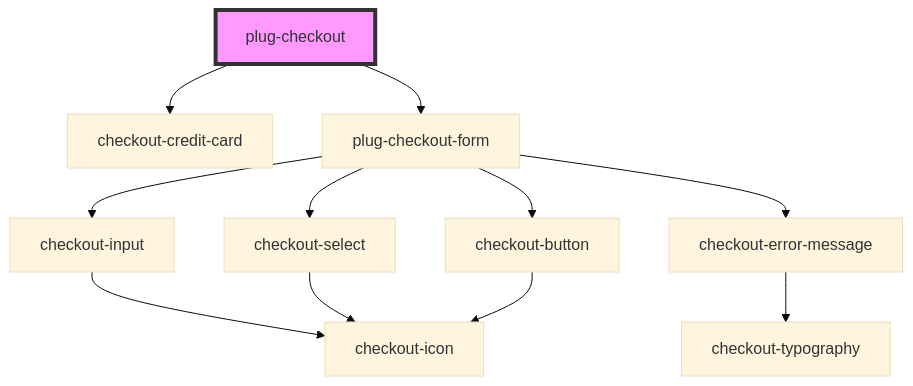
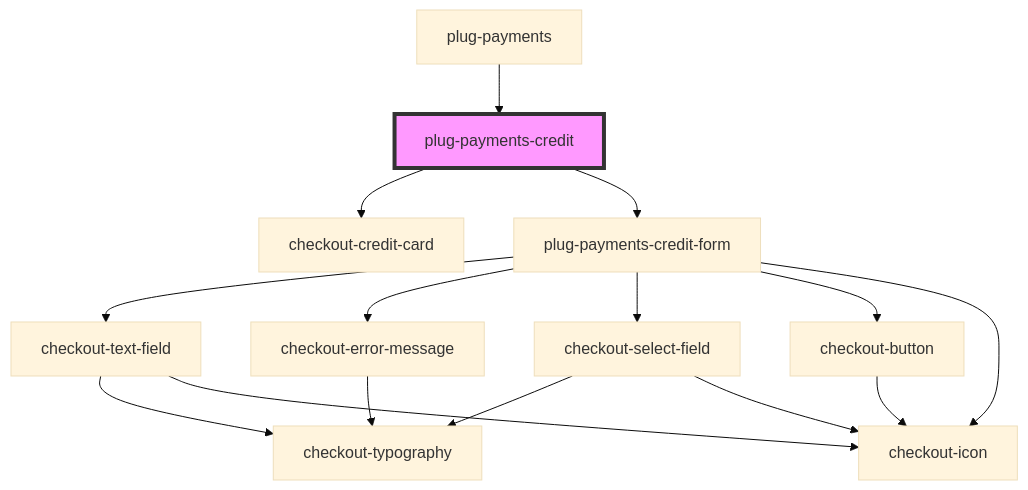
Before and after one commit to plughacker/malga-checkout: the diagram in packages/checkout/core/src/components/plug-payments-credit/readme.md, drawn with Mermaid (base theme). The commit also changed other lines of this file and 19 other files, not shown here.

Commit message:
feat(packages): build packages to use on plug-checkout-full

````diff
--- a/packages/checkout/core/src/components/plug-payments-credit/readme.md
+++ b/packages/checkout/core/src/components/plug-payments-credit/readme.md
@@ -37,14 +46,18 @@
 ```mermaid
 graph TD;
-  plug-checkout --> checkout-credit-card
-  plug-checkout --> plug-checkout-form
-  plug-checkout-form --> checkout-input
-  plug-checkout-form --> checkout-error-message
-  plug-checkout-form --> checkout-select
-  plug-checkout-form --> checkout-button
-  checkout-input --> checkout-icon
+  plug-payments-credit --> checkout-credit-card
+  plug-payments-credit --> plug-payments-credit-form
+  plug-payments-credit-form --> checkout-text-field
+  plug-payments-credit-form --> checkout-error-message
+  plug-payments-credit-form --> checkout-select-field
+  plug-payments-credit-form --> checkout-button
+  plug-payments-credit-form --> checkout-icon
+  checkout-text-field --> checkout-typography
+  checkout-text-field --> checkout-icon
   checkout-error-message --> checkout-typography
-  checkout-select --> checkout-icon
+  checkout-select-field --> checkout-typography
+  checkout-select-field --> checkout-icon
   checkout-button --> checkout-icon
-  style plug-checkout fill:#f9f,stroke:#333,stroke-width:4px
+  plug-payments --> plug-payments-credit
+  style plug-payments-credit fill:#f9f,stroke:#333,stroke-width:4px
 ```
````
